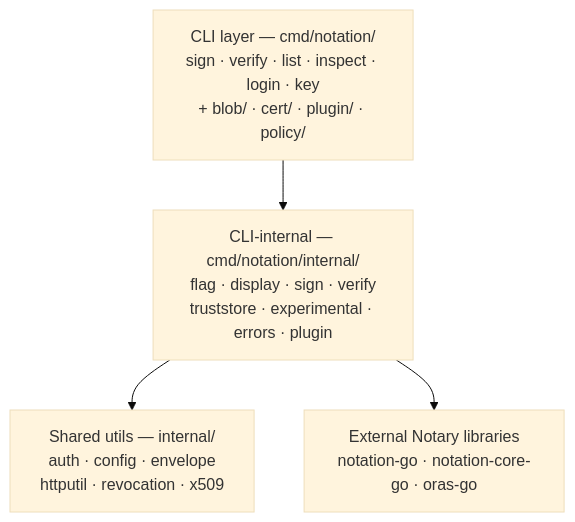
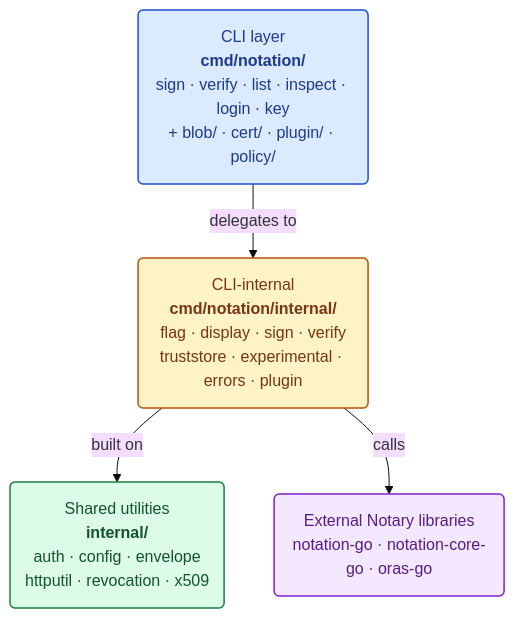
The first of 4 diagrams in ARCHITECTURE.md (notaryproject/notation), drawn with Mermaid (base theme) before and after one commit.

Commit message:
docs: polish High-Level Architecture diagram styling
Color-code each layer (CLI, CLI-internal, shared utils, external libs),
bold the package paths, and label edges (delegates to / built on /
calls) so relationships are explicit rather than implied by bare
arrows. Verified rendering locally with mermaid-cli before pushing.

````diff
--- a/ARCHITECTURE.md
+++ b/ARCHITECTURE.md
@@ -36,11 +36,21 @@
 ```mermaid
 flowchart TD
-    A["CLI layer — cmd/notation/<br/>sign · verify · list · inspect · login · key<br/>+ blob/ · cert/ · plugin/ · policy/"]
-    B["CLI-internal — cmd/notation/internal/<br/>flag · display · sign · verify<br/>truststore · experimental · errors · plugin"]
-    C["Shared utils — internal/<br/>auth · config · envelope<br/>httputil · revocation · x509"]
-    D["External Notary libraries<br/>notation-go · notation-core-go · oras-go"]
+    A("CLI layer<br/><b>cmd/notation/</b><br/>sign · verify · list · inspect · login · key<br/>+ blob/ · cert/ · plugin/ · policy/")
+    B("CLI-internal<br/><b>cmd/notation/internal/</b><br/>flag · display · sign · verify<br/>truststore · experimental · errors · plugin")
+    C("Shared utilities<br/><b>internal/</b><br/>auth · config · envelope<br/>httputil · revocation · x509")
+    D("External Notary libraries<br/>notation-go · notation-core-go · oras-go")
 
-    A --> B
-    B --> C
-    B --> D
+    A -->|"delegates to"| B
+    B -->|"built on"| C
+    B -->|"calls"| D
+
+    classDef cli fill:#dbeafe,stroke:#1d4ed8,stroke-width:1.5px,color:#1e3a8a;
+    classDef internal fill:#fef3c7,stroke:#b45309,stroke-width:1.5px,color:#78350f;
+    classDef utils fill:#dcfce7,stroke:#15803d,stroke-width:1.5px,color:#14532d;
+    classDef libs fill:#f3e8ff,stroke:#7e22ce,stroke-width:1.5px,color:#581c87;
+
+    class A cli
+    class B internal
+    class C utils
+    class D libs
 ```
````
